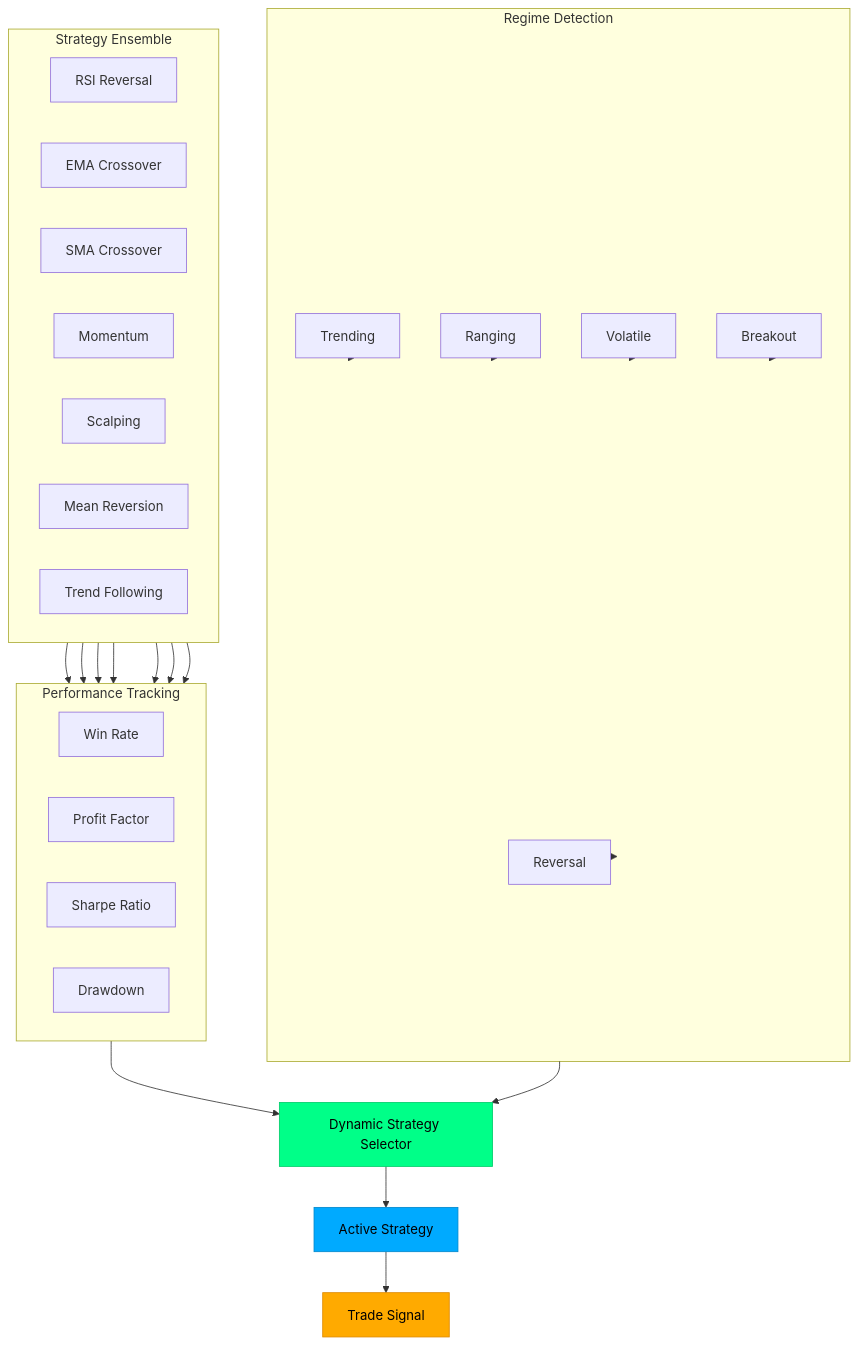
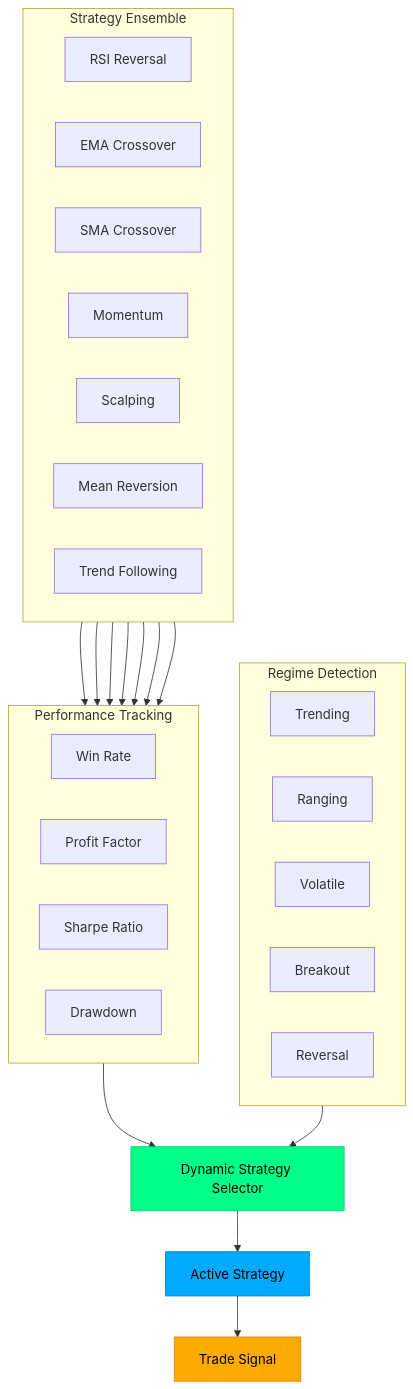
The tenth of 12 diagrams in docs/ARCHITECTURE.md (amuzetnoM/cthulu), drawn with Mermaid before and after one commit. The commit also changed other lines of this file, not shown here.

Commit message:
fix(docs): Clean up badge syntax and formatting in ARCHITECTURE.md for consistency

````diff
--- a/docs/ARCHITECTURE.md
+++ b/docs/ARCHITECTURE.md
@@ -534,56 +458,49 @@
 ```mermaid
 flowchart TB
     subgraph ENSEMBLE["Strategy Ensemble"]
         direction LR
         S1[RSI Reversal]
         S2[EMA Crossover]
         S3[SMA Crossover]
         S4[Momentum]
         S5[Scalping]
         S6[Mean Reversion]
         S7[Trend Following]
     end
-    
+
     subgraph PERF["Performance Tracking"]
         WIN[Win Rate]
         PF[Profit Factor]
         SHARPE[Sharpe Ratio]
         DD[Drawdown]
     end
-    
+
     subgraph REGIME["Regime Detection"]
         TREND_D[Trending]
         RANGE_D[Ranging]
         VOLAT_D[Volatile]
         BREAKOUT[Breakout]
         REVERSAL[Reversal]
     end
-    
+
     SELECTOR[Dynamic Strategy Selector]
     ACTIVE[Active Strategy]
     SIGNAL[Trade Signal]
-    
+
     S1 --> PERF
     S2 --> PERF
     S3 --> PERF
     S4 --> PERF
     S5 --> PERF
     S6 --> PERF
     S7 --> PERF
-    
+
     PERF --> SELECTOR
     REGIME --> SELECTOR
-    
-    TREND_D --> REGIME
-    RANGE_D --> REGIME
-    VOLAT_D --> REGIME
-    BREAKOUT --> REGIME
-    REVERSAL --> REGIME
-    
     SELECTOR --> ACTIVE
     ACTIVE --> SIGNAL
-    
+
     style SELECTOR fill:#00ff88,stroke:#00cc6a,color:#000
     style ACTIVE fill:#00aaff,stroke:#0088cc,color:#000
     style SIGNAL fill:#ffaa00,stroke:#dd8800,color:#000
 ```
````
